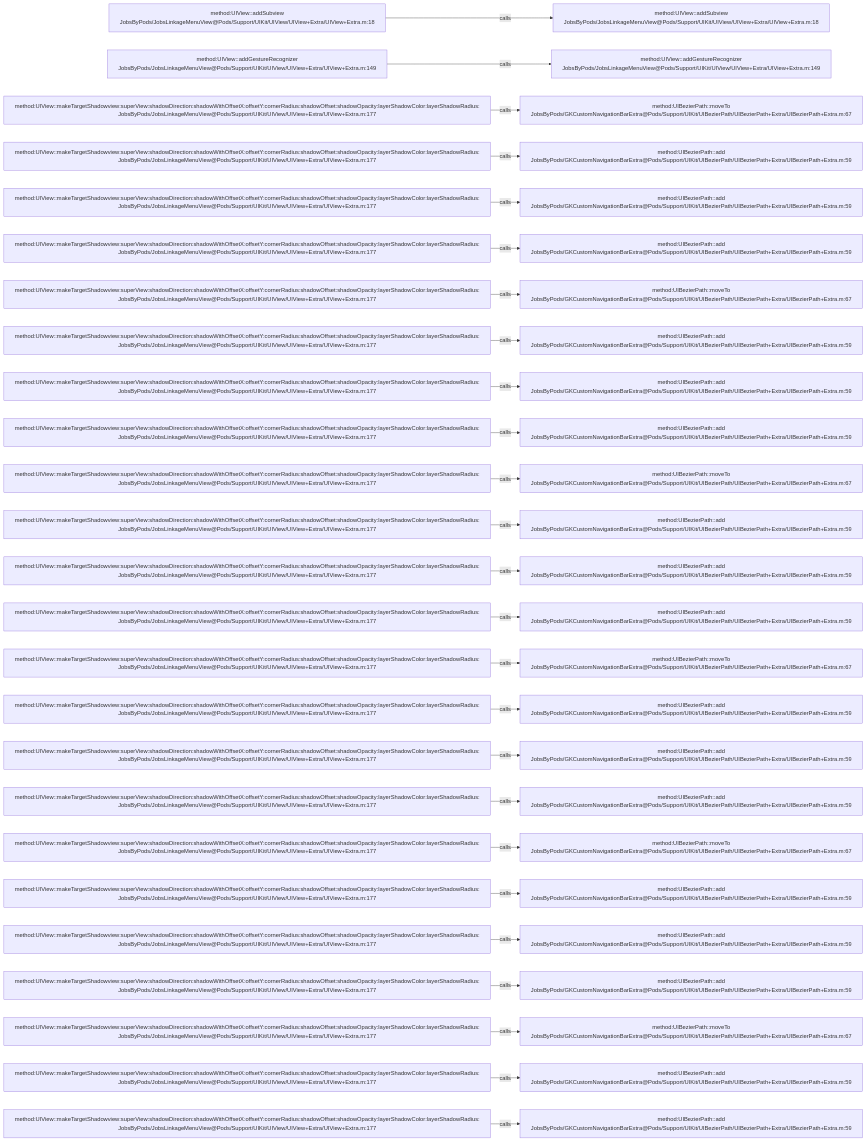
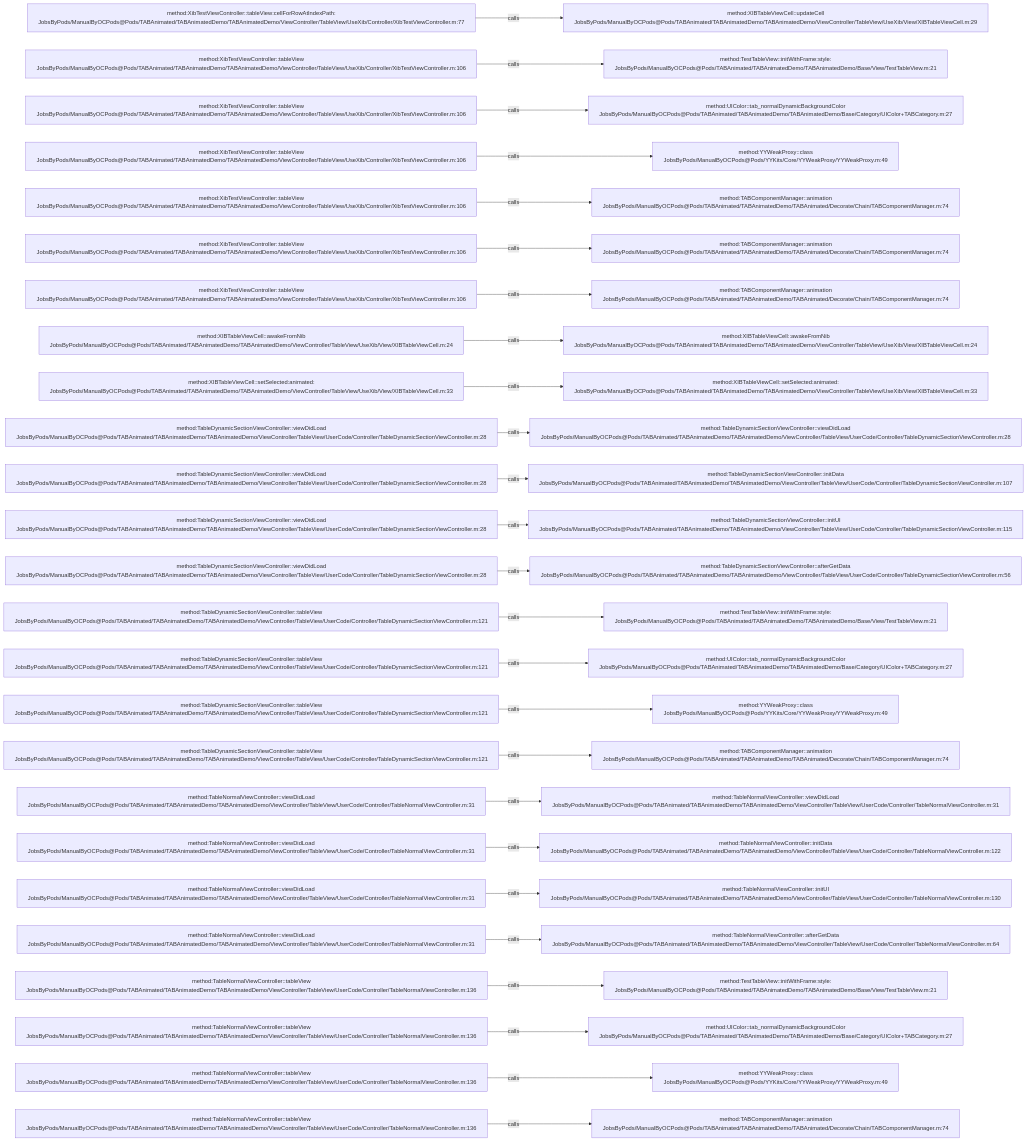
One commit to JobsKits/JobsOCBaseConfigDemo changed the diagram in .codegraph/codegraph.md/graphs/calls-072.md. Above: the diagram before and after it, drawn with Mermaid. The commit also changed 2162 other files, not shown here.

````diff
--- a/.codegraph/codegraph.md/graphs/calls-072.md
+++ b/.codegraph/codegraph.md/graphs/calls-072.md
@@ -13,78 +13,78 @@
 ```mermaid
 flowchart LR
-  S1["method:UIView::addSubview<br/>JobsByPods/JobsLinkageMenuView@Pods/Support/UIKit/UIView/UIView+Extra/UIView+Extra.m:18"]
-  T1["method:UIView::addSubview<br/>JobsByPods/JobsLinkageMenuView@Pods/Support/UIKit/UIView/UIView+Extra/UIView+Extra.m:18"]
+  S1["method:XibTestViewController::tableView:cellForRowAtIndexPath:<br/>JobsByPods/ManualByOCPods@Pods/TABAnimated/TABAnimatedDemo/TABAnimatedDemo/ViewController/TableView/UseXib/Controller/XibTestViewController.m:77"]
+  T1["method:XIBTableViewCell::updateCell<br/>JobsByPods/ManualByOCPods@Pods/TABAnimated/TABAnimatedDemo/TABAnimatedDemo/ViewController/TableView/UseXib/View/XIBTableViewCell.m:29"]
   S1 -->|calls| T1
-  S2["method:UIView::addGestureRecognizer<br/>JobsByPods/JobsLinkageMenuView@Pods/Support/UIKit/UIView/UIView+Extra/UIView+Extra.m:149"]
-  T2["method:UIView::addGestureRecognizer<br/>JobsByPods/JobsLinkageMenuView@Pods/Support/UIKit/UIView/UIView+Extra/UIView+Extra.m:149"]
+  S2["method:XibTestViewController::tableView<br/>JobsByPods/ManualByOCPods@Pods/TABAnimated/TABAnimatedDemo/TABAnimatedDemo/ViewController/TableView/UseXib/Controller/XibTestViewController.m:106"]
+  T2["method:TestTableView::initWithFrame:style:<br/>JobsByPods/ManualByOCPods@Pods/TABAnimated/TABAnimatedDemo/TABAnimatedDemo/Base/View/TestTableView.m:21"]
   S2 -->|calls| T2
-  S3["method:UIView::makeTargetShadowview:superView:shadowDirection:shadowWithOffsetX:offsetY:cornerRadius:shadowOffset:shadowOpacity:layerShadowColor:layerShadowRadius:<br/>JobsByPods/JobsLinkageMenuView@Pods/Support/UIKit/UIView/UIView+Extra/UIView+Extra.m:177"]
-  T3["method:UIBezierPath::moveTo<br/>JobsByPods/GKCustomNavigationBarExtra@Pods/Support/UIKit/UIBezierPath/UIBezierPath+Extra/UIBezierPath+Extra.m:67"]
+  S3["method:XibTestViewController::tableView<br/>JobsByPods/ManualByOCPods@Pods/TABAnimated/TABAnimatedDemo/TABAnimatedDemo/ViewController/TableView/UseXib/Controller/XibTestViewController.m:106"]
+  T3["method:UIColor::tab_normalDynamicBackgroundColor<br/>JobsByPods/ManualByOCPods@Pods/TABAnimated/TABAnimatedDemo/TABAnimatedDemo/Base/Category/UIColor+TABCategory.m:27"]
   S3 -->|calls| T3
-  S4["method:UIView::makeTargetShadowview:superView:shadowDirection:shadowWithOffsetX:offsetY:cornerRadius:shadowOffset:shadowOpacity:layerShadowColor:layerShadowRadius:<br/>JobsByPods/JobsLinkageMenuView@Pods/Support/UIKit/UIView/UIView+Extra/UIView+Extra.m:177"]
-  T4["method:UIBezierPath::add<br/>JobsByPods/GKCustomNavigationBarExtra@Pods/Support/UIKit/UIBezierPath/UIBezierPath+Extra/UIBezierPath+Extra.m:59"]
+  S4["method:XibTestViewController::tableView<br/>JobsByPods/ManualByOCPods@Pods/TABAnimated/TABAnimatedDemo/TABAnimatedDemo/ViewController/TableView/UseXib/Controller/XibTestViewController.m:106"]
+  T4["method:YYWeakProxy::class<br/>JobsByPods/ManualByOCPods@Pods/YYKits/Core/YYWeakProxy/YYWeakProxy.m:49"]
   S4 -->|calls| T4
-  S5["method:UIView::makeTargetShadowview:superView:shadowDirection:shadowWithOffsetX:offsetY:cornerRadius:shadowOffset:shadowOpacity:layerShadowColor:layerShadowRadius:<br/>JobsByPods/JobsLinkageMenuView@Pods/Support/UIKit/UIView/UIView+Extra/UIView+Extra.m:177"]
-  T5["method:UIBezierPath::add<br/>JobsByPods/GKCustomNavigationBarExtra@Pods/Support/UIKit/UIBezierPath/UIBezierPath+Extra/UIBezierPath+Extra.m:59"]
+  S5["method:XibTestViewController::tableView<br/>JobsByPods/ManualByOCPods@Pods/TABAnimated/TABAnimatedDemo/TABAnimatedDemo/ViewController/TableView/UseXib/Controller/XibTestViewController.m:106"]
+  T5["method:TABComponentManager::animation<br/>JobsByPods/ManualByOCPods@Pods/TABAnimated/TABAnimatedDemo/TABAnimated/Decorate/Chain/TABComponentManager.m:74"]
   S5 -->|calls| T5
-  S6["method:UIView::makeTargetShadowview:superView:shadowDirection:shadowWithOffsetX:offsetY:cornerRadius:shadowOffset:shadowOpacity:layerShadowColor:layerShadowRadius:<br/>JobsByPods/JobsLinkageMenuView@Pods/Support/UIKit/UIView/UIView+Extra/UIView+Extra.m:177"]
-  T6["method:UIBezierPath::add<br/>JobsByPods/GKCustomNavigationBarExtra@Pods/Support/UIKit/UIBezierPath/UIBezierPath+Extra/UIBezierPath+Extra.m:59"]
+  S6["method:XibTestViewController::tableView<br/>JobsByPods/ManualByOCPods@Pods/TABAnimated/TABAnimatedDemo/TABAnimatedDemo/ViewController/TableView/UseXib/Controller/XibTestViewController.m:106"]
+  T6["method:TABComponentManager::animation<br/>JobsByPods/ManualByOCPods@Pods/TABAnimated/TABAnimatedDemo/TABAnimated/Decorate/Chain/TABComponentManager.m:74"]
   S6 -->|calls| T6
-  S7["method:UIView::makeTargetShadowview:superView:shadowDirection:shadowWithOffsetX:offsetY:cornerRadius:shadowOffset:shadowOpacity:layerShadowColor:layerShadowRadius:<br/>JobsByPods/JobsLinkageMenuView@Pods/Support/UIKit/UIView/UIView+Extra/UIView+Extra.m:177"]
-  T7["method:UIBezierPath::moveTo<br/>JobsByPods/GKCustomNavigationBarExtra@Pods/Support/UIKit/UIBezierPath/UIBezierPath+Extra/UIBezierPath+Extra.m:67"]
+  S7["method:XibTestViewController::tableView<br/>JobsByPods/ManualByOCPods@Pods/TABAnimated/TABAnimatedDemo/TABAnimatedDemo/ViewController/TableView/UseXib/Controller/XibTestViewController.m:106"]
+  T7["method:TABComponentManager::animation<br/>JobsByPods/ManualByOCPods@Pods/TABAnimated/TABAnimatedDemo/TABAnimated/Decorate/Chain/TABComponentManager.m:74"]
   S7 -->|calls| T7
-  S8["method:UIView::makeTargetShadowview:superView:shadowDirection:shadowWithOffsetX:offsetY:cornerRadius:shadowOffset:shadowOpacity:layerShadowColor:layerShadowRadius:<br/>JobsByPods/JobsLinkageMenuView@Pods/Support/UIKit/UIView/UIView+Extra/UIView+Extra.m:177"]
-  T8["method:UIBezierPath::add<br/>JobsByPods/GKCustomNavigationBarExtra@Pods/Support/UIKit/UIBezierPath/UIBezierPath+Extra/UIBezierPath+Extra.m:59"]
+  S8["method:XIBTableViewCell::awakeFromNib<br/>JobsByPods/ManualByOCPods@Pods/TABAnimated/TABAnimatedDemo/TABAnimatedDemo/ViewController/TableView/UseXib/View/XIBTableViewCell.m:24"]
+  T8["method:XIBTableViewCell::awakeFromNib<br/>JobsByPods/ManualByOCPods@Pods/TABAnimated/TABAnimatedDemo/TABAnimatedDemo/ViewController/TableView/UseXib/View/XIBTableViewCell.m:24"]
   S8 -->|calls| T8
-  S9["method:UIView::makeTargetShadowview:superView:shadowDirection:shadowWithOffsetX:offsetY:cornerRadius:shadowOffset:shadowOpacity:layerShadowColor:layerShadowRadius:<br/>JobsByPods/JobsLinkageMenuView@Pods/Support/UIKit/UIView/UIView+Extra/UIView+Extra.m:177"]
-  T9["method:UIBezierPath::add<br/>JobsByPods/GKCustomNavigationBarExtra@Pods/Support/UIKit/UIBezierPath/UIBezierPath+Extra/UIBezierPath+Extra.m:59"]
+  S9["method:XIBTableViewCell::setSelected:animated:<br/>JobsByPods/ManualByOCPods@Pods/TABAnimated/TABAnimatedDemo/TABAnimatedDemo/ViewController/TableView/UseXib/View/XIBTableViewCell.m:33"]
+  T9["method:XIBTableViewCell::setSelected:animated:<br/>JobsByPods/ManualByOCPods@Pods/TABAnimated/TABAnimatedDemo/TABAnimatedDemo/ViewController/TableView/UseXib/View/XIBTableViewCell.m:33"]
   S9 -->|calls| T9
-  S10["method:UIView::makeTargetShadowview:superView:shadowDirection:shadowWithOffsetX:offsetY:cornerRadius:shadowOffset:shadowOpacity:layerShadowColor:layerShadowRadius:<br/>JobsByPods/JobsLinkageMenuView@Pods/Support/UIKit/UIView/UIView+Extra/UIView+Extra.m:177"]
-  T10["method:UIBezierPath::add<br/>JobsByPods/GKCustomNavigationBarExtra@Pods/Support/UIKit/UIBezierPath/UIBezierPath+Extra/UIBezierPath+Extra.m:59"]
+  S10["method:TableDynamicSectionViewController::viewDidLoad<br/>JobsByPods/ManualByOCPods@Pods/TABAnimated/TABAnimatedDemo/TABAnimatedDemo/ViewController/TableView/UserCode/Controller/TableDynamicSectionViewController.m:28"]
+  T10["method:TableDynamicSectionViewController::viewDidLoad<br/>JobsByPods/ManualByOCPods@Pods/TABAnimated/TABAnimatedDemo/TABAnimatedDemo/ViewController/TableView/UserCode/Controller/TableDynamicSectionViewController.m:28"]
   S10 -->|calls| T10
-  S11["method:UIView::makeTargetShadowview:superView:shadowDirection:shadowWithOffsetX:offsetY:cornerRadius:shadowOffset:shadowOpacity:layerShadowColor:layerShadowRadius:<br/>JobsByPods/JobsLinkageMenuView@Pods/Support/UIKit/UIView/UIView+Extra/UIView+Extra.m:177"]
-  T11["method:UIBezierPath::moveTo<br/>JobsByPods/GKCustomNavigationBarExtra@Pods/Support/UIKit/UIBezierPath/UIBezierPath+Extra/UIBezierPath+Extra.m:67"]
+  S11["method:TableDynamicSectionViewController::viewDidLoad<br/>JobsByPods/ManualByOCPods@Pods/TABAnimated/TABAnimatedDemo/TABAnimatedDemo/ViewController/TableView/UserCode/Controller/TableDynamicSectionViewController.m:28"]
+  T11["method:TableDynamicSectionViewController::initData<br/>JobsByPods/ManualByOCPods@Pods/TABAnimated/TABAnimatedDemo/TABAnimatedDemo/ViewController/TableView/UserCode/Controller/TableDynamicSectionViewController.m:107"]
   S11 -->|calls| T11
-  S12["method:UIView::makeTargetShadowview:superView:shadowDirection:shadowWithOffsetX:offsetY:cornerRadius:shadowOffset:shadowOpacity:layerShadowColor:layerShadowRadius:<br/>JobsByPods/JobsLinkageMenuView@Pods/Support/UIKit/UIView/UIView+Extra/UIView+Extra.m:177"]
-  T12["method:UIBezierPath::add<br/>JobsByPods/GKCustomNavigationBarExtra@Pods/Support/UIKit/UIBezierPath/UIBezierPath+Extra/UIBezierPath+Extra.m:59"]
+  S12["method:TableDynamicSectionViewController::viewDidLoad<br/>JobsByPods/ManualByOCPods@Pods/TABAnimated/TABAnimatedDemo/TABAnimatedDemo/ViewController/TableView/UserCode/Controller/TableDynamicSectionViewController.m:28"]
+  T12["method:TableDynamicSectionViewController::initUI<br/>JobsByPods/ManualByOCPods@Pods/TABAnimated/TABAnimatedDemo/TABAnimatedDemo/ViewController/TableView/UserCode/Controller/TableDynamicSectionViewController.m:115"]
   S12 -->|calls| T12
-  S13["method:UIView::makeTargetShadowview:superView:shadowDirection:shadowWithOffsetX:offsetY:cornerRadius:shadowOffset:shadowOpacity:layerShadowColor:layerShadowRadius:<br/>JobsByPods/JobsLinkageMenuView@Pods/Support/UIKit/UIView/UIView+Extra/UIView+Extra.m:177"]
-  T13["method:UIBezierPath::add<br/>JobsByPods/GKCustomNavigationBarExtra@Pods/Support/UIKit/UIBezierPath/UIBezierPath+Extra/UIBezierPath+Extra.m:59"]
+  S13["method:TableDynamicSectionViewController::viewDidLoad<br/>JobsByPods/ManualByOCPods@Pods/TABAnimated/TABAnimatedDemo/TABAnimatedDemo/ViewController/TableView/UserCode/Controller/TableDynamicSectionViewController.m:28"]
+  T13["method:TableDynamicSectionViewController::afterGetData<br/>JobsByPods/ManualByOCPods@Pods/TABAnimated/TABAnimatedDemo/TABAnimatedDemo/ViewController/TableView/UserCode/Controller/TableDynamicSectionViewController.m:56"]
   S13 -->|calls| T13
-  S14["method:UIView::makeTargetShadowview:superView:shadowDirection:shadowWithOffsetX:offsetY:cornerRadius:shadowOffset:shadowOpacity:layerShadowColor:layerShadowRadius:<br/>JobsByPods/JobsLinkageMenuView@Pods/Support/UIKit/UIView/UIView+Extra/UIView+Extra.m:177"]
-  T14["method:UIBezierPath::add<br/>JobsByPods/GKCustomNavigationBarExtra@Pods/Support/UIKit/UIBezierPath/UIBezierPath+Extra/UIBezierPath+Extra.m:59"]
+  S14["method:TableDynamicSectionViewController::tableView<br/>JobsByPods/ManualByOCPods@Pods/TABAnimated/TABAnimatedDemo/TABAnimatedDemo/ViewController/TableView/UserCode/Controller/TableDynamicSectionViewController.m:121"]
+  T14["method:TestTableView::initWithFrame:style:<br/>JobsByPods/ManualByOCPods@Pods/TABAnimated/TABAnimatedDemo/TABAnimatedDemo/Base/View/TestTableView.m:21"]
   S14 -->|calls| T14
-  S15["method:UIView::makeTargetShadowview:superView:shadowDirection:shadowWithOffsetX:offsetY:cornerRadius:shadowOffset:shadowOpacity:layerShadowColor:layerShadowRadius:<br/>JobsByPods/JobsLinkageMenuView@Pods/Support/UIKit/UIView/UIView+Extra/UIView+Extra.m:177"]
-  T15["method:UIBezierPath::moveTo<br/>JobsByPods/GKCustomNavigationBarExtra@Pods/Support/UIKit/UIBezierPath/UIBezierPath+Extra/UIBezierPath+Extra.m:67"]
+  S15["method:TableDynamicSectionViewController::tableView<br/>JobsByPods/ManualByOCPods@Pods/TABAnimated/TABAnimatedDemo/TABAnimatedDemo/ViewController/TableView/UserCode/Controller/TableDynamicSectionViewController.m:121"]
+  T15["method:UIColor::tab_normalDynamicBackgroundColor<br/>JobsByPods/ManualByOCPods@Pods/TABAnimated/TABAnimatedDemo/TABAnimatedDemo/Base/Category/UIColor+TABCategory.m:27"]
   S15 -->|calls| T15
-  S16["method:UIView::makeTargetShadowview:superView:shadowDirection:shadowWithOffsetX:offsetY:cornerRadius:shadowOffset:shadowOpacity:layerShadowColor:layerShadowRadius:<br/>JobsByPods/JobsLinkageMenuView@Pods/Support/UIKit/UIView/UIView+Extra/UIView+Extra.m:177"]
-  T16["method:UIBezierPath::add<br/>JobsByPods/GKCustomNavigationBarExtra@Pods/Support/UIKit/UIBezierPath/UIBezierPath+Extra/UIBezierPath+Extra.m:59"]
+  S16["method:TableDynamicSectionViewController::tableView<br/>JobsByPods/ManualByOCPods@Pods/TABAnimated/TABAnimatedDemo/TABAnimatedDemo/ViewController/TableView/UserCode/Controller/TableDynamicSectionViewController.m:121"]
+  T16["method:YYWeakProxy::class<br/>JobsByPods/ManualByOCPods@Pods/YYKits/Core/YYWeakProxy/YYWeakProxy.m:49"]
   S16 -->|calls| T16
-  S17["method:UIView::makeTargetShadowview:superView:shadowDirection:shadowWithOffsetX:offsetY:cornerRadius:shadowOffset:shadowOpacity:layerShadowColor:layerShadowRadius:<br/>JobsByPods/JobsLinkageMenuView@Pods/Support/UIKit/UIView/UIView+Extra/UIView+Extra.m:177"]
-  T17["method:UIBezierPath::add<br/>JobsByPods/GKCustomNavigationBarExtra@Pods/Support/UIKit/UIBezierPath/UIBezierPath+Extra/UIBezierPath+Extra.m:59"]
+  S17["method:TableDynamicSectionViewController::tableView<br/>JobsByPods/ManualByOCPods@Pods/TABAnimated/TABAnimatedDemo/TABAnimatedDemo/ViewController/TableView/UserCode/Controller/TableDynamicSectionViewController.m:121"]
+  T17["method:TABComponentManager::animation<br/>JobsByPods/ManualByOCPods@Pods/TABAnimated/TABAnimatedDemo/TABAnimated/Decorate/Chain/TABComponentManager.m:74"]
   S17 -->|calls| T17
-  S18["method:UIView::makeTargetShadowview:superView:shadowDirection:shadowWithOffsetX:offsetY:cornerRadius:shadowOffset:shadowOpacity:layerShadowColor:layerShadowRadius:<br/>JobsByPods/JobsLinkageMenuView@Pods/Support/UIKit/UIView/UIView+Extra/UIView+Extra.m:177"]
-  T18["method:UIBezierPath::add<br/>JobsByPods/GKCustomNavigationBarExtra@Pods/Support/UIKit/UIBezierPath/UIBezierPath+Extra/UIBezierPath+Extra.m:59"]
+  S18["method:TableNormalViewController::viewDidLoad<br/>JobsByPods/ManualByOCPods@Pods/TABAnimated/TABAnimatedDemo/TABAnimatedDemo/ViewController/TableView/UserCode/Controller/TableNormalViewController.m:31"]
+  T18["method:TableNormalViewController::viewDidLoad<br/>JobsByPods/ManualByOCPods@Pods/TABAnimated/TABAnimatedDemo/TABAnimatedDemo/ViewController/TableView/UserCode/Controller/TableNormalViewController.m:31"]
   S18 -->|calls| T18
-  S19["method:UIView::makeTargetShadowview:superView:shadowDirection:shadowWithOffsetX:offsetY:cornerRadius:shadowOffset:shadowOpacity:layerShadowColor:layerShadowRadius:<br/>JobsByPods/JobsLinkageMenuView@Pods/Support/UIKit/UIView/UIView+Extra/UIView+Extra.m:177"]
-  T19["method:UIBezierPath::moveTo<br/>JobsByPods/GKCustomNavigationBarExtra@Pods/Support/UIKit/UIBezierPath/UIBezierPath+Extra/UIBezierPath+Extra.m:67"]
+  S19["method:TableNormalViewController::viewDidLoad<br/>JobsByPods/ManualByOCPods@Pods/TABAnimated/TABAnimatedDemo/TABAnimatedDemo/ViewController/TableView/UserCode/Controller/TableNormalViewController.m:31"]
+  T19["method:TableNormalViewController::initData<br/>JobsByPods/ManualByOCPods@Pods/TABAnimated/TABAnimatedDemo/TABAnimatedDemo/ViewController/TableView/UserCode/Controller/TableNormalViewController.m:122"]
   S19 -->|calls| T19
-  S20["method:UIView::makeTargetShadowview:superView:shadowDirection:shadowWithOffsetX:offsetY:cornerRadius:shadowOffset:shadowOpacity:layerShadowColor:layerShadowRadius:<br/>JobsByPods/JobsLinkageMenuView@Pods/Support/UIKit/UIView/UIView+Extra/UIView+Extra.m:177"]
-  T20["method:UIBezierPath::add<br/>JobsByPods/GKCustomNavigationBarExtra@Pods/Support/UIKit/UIBezierPath/UIBezierPath+Extra/UIBezierPath+Extra.m:59"]
+  S20["method:TableNormalViewController::viewDidLoad<br/>JobsByPods/ManualByOCPods@Pods/TABAnimated/TABAnimatedDemo/TABAnimatedDemo/ViewController/TableView/UserCode/Controller/TableNormalViewController.m:31"]
+  T20["method:TableNormalViewController::initUI<br/>JobsByPods/ManualByOCPods@Pods/TABAnimated/TABAnimatedDemo/TABAnimatedDemo/ViewController/TableView/UserCode/Controller/TableNormalViewController.m:130"]
   S20 -->|calls| T20
-  S21["method:UIView::makeTargetShadowview:superView:shadowDirection:shadowWithOffsetX:offsetY:cornerRadius:shadowOffset:shadowOpacity:layerShadowColor:layerShadowRadius:<br/>JobsByPods/JobsLinkageMenuView@Pods/Support/UIKit/UIView/UIView+Extra/UIView+Extra.m:177"]
-  T21["method:UIBezierPath::add<br/>JobsByPods/GKCustomNavigationBarExtra@Pods/Support/UIKit/UIBezierPath/UIBezierPath+Extra/UIBezierPath+Extra.m:59"]
+  S21["method:TableNormalViewController::viewDidLoad<br/>JobsByPods/ManualByOCPods@Pods/TABAnimated/TABAnimatedDemo/TABAnimatedDemo/ViewController/TableView/UserCode/Controller/TableNormalViewController.m:31"]
+  T21["method:TableNormalViewController::afterGetData<br/>JobsByPods/ManualByOCPods@Pods/TABAnimated/TABAnimatedDemo/TABAnimatedDemo/ViewController/TableView/UserCode/Controller/TableNormalViewController.m:64"]
   S21 -->|calls| T21
-  S22["method:UIView::makeTargetShadowview:superView:shadowDirection:shadowWithOffsetX:offsetY:cornerRadius:shadowOffset:shadowOpacity:layerShadowColor:layerShadowRadius:<br/>JobsByPods/JobsLinkageMenuView@Pods/Support/UIKit/UIView/UIView+Extra/UIView+Extra.m:177"]
-  T22["method:UIBezierPath::add<br/>JobsByPods/GKCustomNavigationBarExtra@Pods/Support/UIKit/UIBezierPath/UIBezierPath+Extra/UIBezierPath+Extra.m:59"]
+  S22["method:TableNormalViewController::tableView<br/>JobsByPods/ManualByOCPods@Pods/TABAnimated/TABAnimatedDemo/TABAnimatedDemo/ViewController/TableView/UserCode/Controller/TableNormalViewController.m:136"]
+  T22["method:TestTableView::initWithFrame:style:<br/>JobsByPods/ManualByOCPods@Pods/TABAnimated/TABAnimatedDemo/TABAnimatedDemo/Base/View/TestTableView.m:21"]
   S22 -->|calls| T22
-  S23["method:UIView::makeTargetShadowview:superView:shadowDirection:shadowWithOffsetX:offsetY:cornerRadius:shadowOffset:shadowOpacity:layerShadowColor:layerShadowRadius:<br/>JobsByPods/JobsLinkageMenuView@Pods/Support/UIKit/UIView/UIView+Extra/UIView+Extra.m:177"]
-  T23["method:UIBezierPath::moveTo<br/>JobsByPods/GKCustomNavigationBarExtra@Pods/Support/UIKit/UIBezierPath/UIBezierPath+Extra/UIBezierPath+Extra.m:67"]
+  S23["method:TableNormalViewController::tableView<br/>JobsByPods/ManualByOCPods@Pods/TABAnimated/TABAnimatedDemo/TABAnimatedDemo/ViewController/TableView/UserCode/Controller/TableNormalViewController.m:136"]
+  T23["method:UIColor::tab_normalDynamicBackgroundColor<br/>JobsByPods/ManualByOCPods@Pods/TABAnimated/TABAnimatedDemo/TABAnimatedDemo/Base/Category/UIColor+TABCategory.m:27"]
   S23 -->|calls| T23
-  S24["method:UIView::makeTargetShadowview:superView:shadowDirection:shadowWithOffsetX:offsetY:cornerRadius:shadowOffset:shadowOpacity:layerShadowColor:layerShadowRadius:<br/>JobsByPods/JobsLinkageMenuView@Pods/Support/UIKit/UIView/UIView+Extra/UIView+Extra.m:177"]
-  T24["method:UIBezierPath::add<br/>JobsByPods/GKCustomNavigationBarExtra@Pods/Support/UIKit/UIBezierPath/UIBezierPath+Extra/UIBezierPath+Extra.m:59"]
+  S24["method:TableNormalViewController::tableView<br/>JobsByPods/ManualByOCPods@Pods/TABAnimated/TABAnimatedDemo/TABAnimatedDemo/ViewController/TableView/UserCode/Controller/TableNormalViewController.m:136"]
+  T24["method:YYWeakProxy::class<br/>JobsByPods/ManualByOCPods@Pods/YYKits/Core/YYWeakProxy/YYWeakProxy.m:49"]
   S24 -->|calls| T24
-  S25["method:UIView::makeTargetShadowview:superView:shadowDirection:shadowWithOffsetX:offsetY:cornerRadius:shadowOffset:shadowOpacity:layerShadowColor:layerShadowRadius:<br/>JobsByPods/JobsLinkageMenuView@Pods/Support/UIKit/UIView/UIView+Extra/UIView+Extra.m:177"]
-  T25["method:UIBezierPath::add<br/>JobsByPods/GKCustomNavigationBarExtra@Pods/Support/UIKit/UIBezierPath/UIBezierPath+Extra/UIBezierPath+Extra.m:59"]
+  S25["method:TableNormalViewController::tableView<br/>JobsByPods/ManualByOCPods@Pods/TABAnimated/TABAnimatedDemo/TABAnimatedDemo/ViewController/TableView/UserCode/Controller/TableNormalViewController.m:136"]
+  T25["method:TABComponentManager::animation<br/>JobsByPods/ManualByOCPods@Pods/TABAnimated/TABAnimatedDemo/TABAnimated/Decorate/Chain/TABComponentManager.m:74"]
   S25 -->|calls| T25
 ```
````
